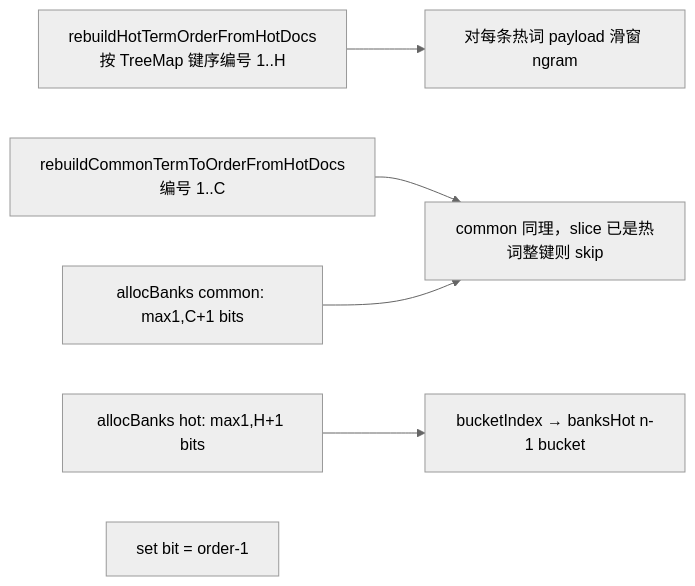
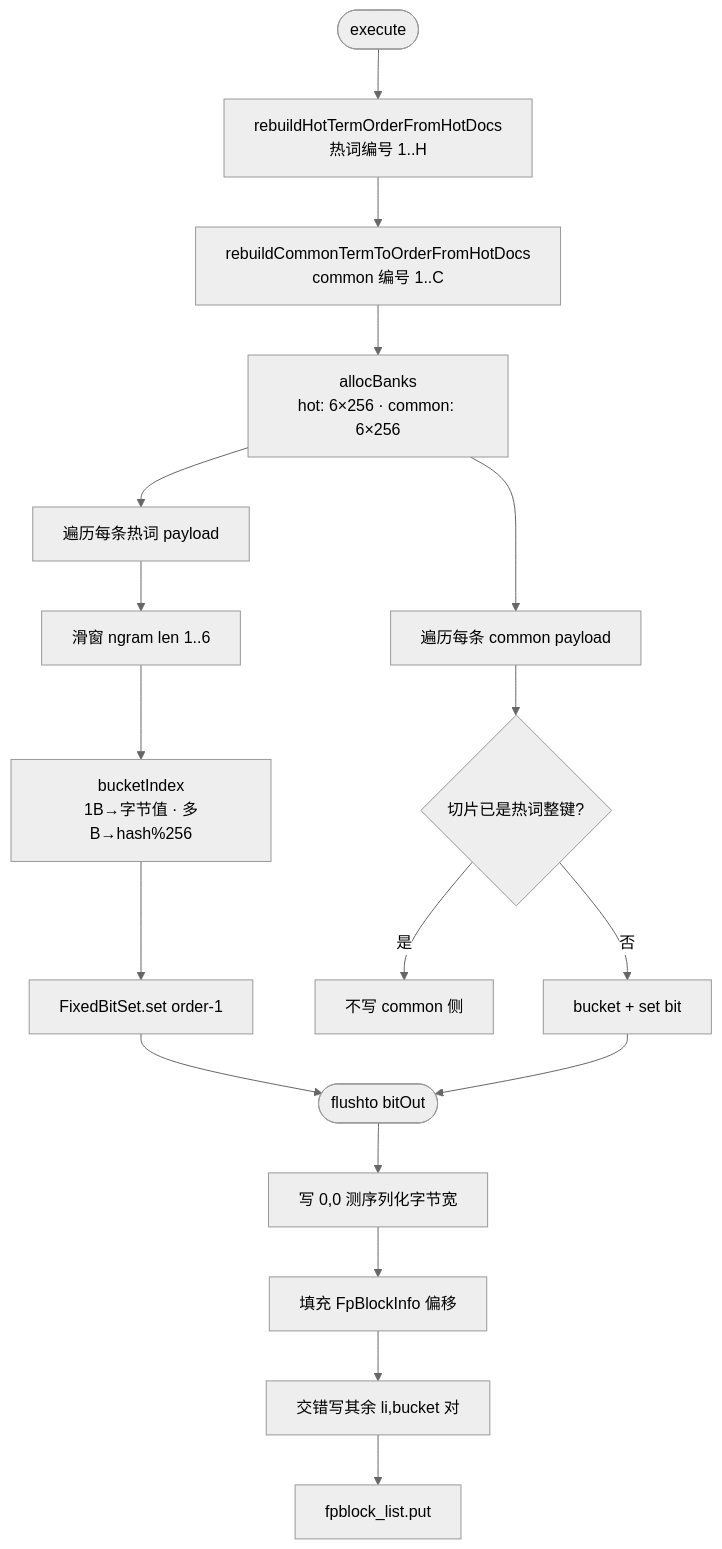
Before and after one commit to muqingyu2015/fptoken: diagram 12 of 16 in README.md, drawn with Mermaid (neutral theme). The commit also changed other lines of this file, not shown here.

Commit message:
流程图

````diff
--- a/README.md
+++ b/README.md
@@ -332,15 +428,23 @@
 ```mermaid
-flowchart LR
-  O1[rebuildHotTermOrderFromHotDocs<br/>按 TreeMap 键序编号 1..H]
-  O2[rebuildCommonTermToOrderFromHotDocs<br/>编号 1..C]
-  M1[allocBanks hot: max1,H+1 bits]
-  M2[allocBanks common: max1,C+1 bits]
-  L1[对每条热词 payload 滑窗 ngram]
-  L2[bucketIndex → banksHot n-1 bucket]
-  L3[set bit = order-1]
-  L4[common 同理，slice 已是热词整键则 skip]
-  O1 --> L1
-  O2 --> L4
-  M1 --> L2
-  M2 --> L4
+flowchart TB
+  E([execute]) --> O1[rebuildHotTermOrderFromHotDocs<br/>热词编号 1..H]
+  O1 --> O2[rebuildCommonTermToOrderFromHotDocs<br/>common 编号 1..C]
+  O2 --> A1[allocBanks<br/>hot: 6×256 · common: 6×256]
+
+  A1 --> H1[遍历每条热词 payload]
+  H1 --> H2[滑窗 ngram len 1..6]
+  H2 --> H3[bucketIndex<br/>1B→字节值 · 多B→hash%256]
+  H3 --> H4[FixedBitSet.set order-1]
+
+  A1 --> C1[遍历每条 common payload]
+  C1 --> C2{切片已是热词整键?}
+  C2 -->|是| SKIP[不写 common 侧]
+  C2 -->|否| C3[bucket + set bit]
+
+  H4 --> F([flushto bitOut])
+  C3 --> F
+  F --> F1[写 0,0 测序列化字节宽]
+  F1 --> F2[填充 FpBlockInfo 偏移]
+  F2 --> F3[交错写其余 li,bucket 对]
+  F3 --> F4[fpblock_list.put]
 ```
````
